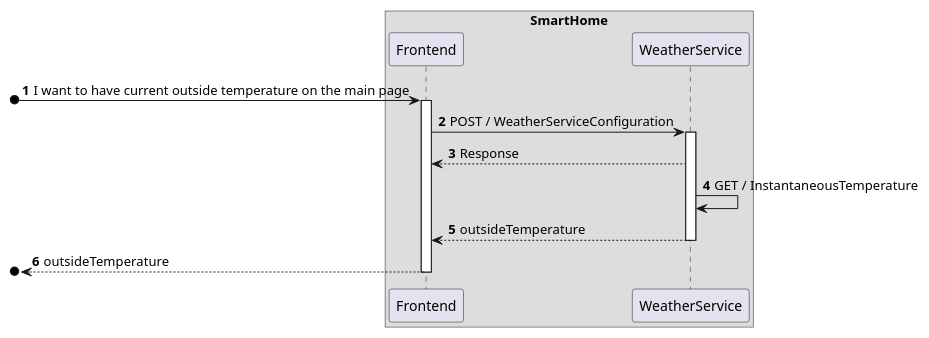
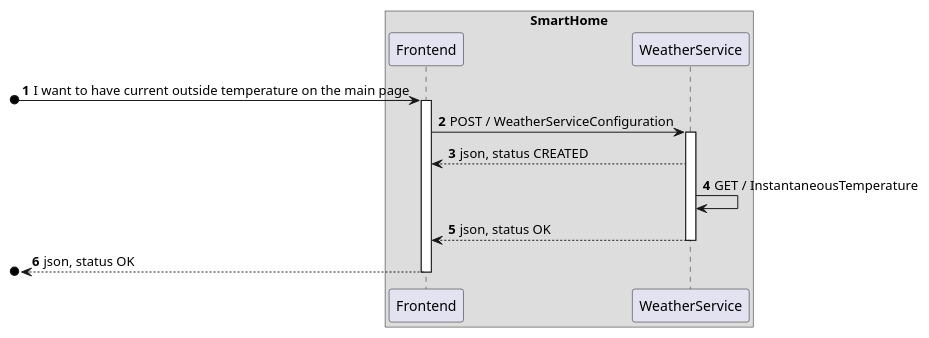
One commit to olivDiogo/SmartHome changed the diagram in docs/ooa/C4_4plus1_models/Level2/ProcessView/ProcessViewLevel2_UC18.puml. Above: the diagram before and after it, drawn with PlantUML.

Commit message:
fix: fixing ProcessViewLevel1_UC02  #518

```diff
--- a/docs/ooa/C4_4plus1_models/Level2/ProcessView/ProcessViewLevel2_UC18.puml
+++ b/docs/ooa/C4_4plus1_models/Level2/ProcessView/ProcessViewLevel2_UC18.puml
@@ -1,37 +1,35 @@
 @startuml
 'https://plantuml.com/sequence-diagram
 !pragma layout smetana
 
 autonumber
 
 
 
     box SmartHome
     participant Frontend as FE
     participant WeatherService as WS
     end box
 
 
 
 [o-> FE : I want to have current outside temperature on the main page
 activate FE
 
 FE -> WS : POST / WeatherServiceConfiguration
 activate WS
 
-WS --> FE : Response
-
+WS --> FE : json, status CREATED
 
 WS -> WS : GET / InstantaneousTemperature
 
-WS --> FE : outsideTemperature
+WS --> FE : json, status OK
 deactivate WS
 
-
-[o<-- FE : outsideTemperature
+[o<-- FE : json, status OK
 deactivate FE
 
 
 
 
 @enduml
```
